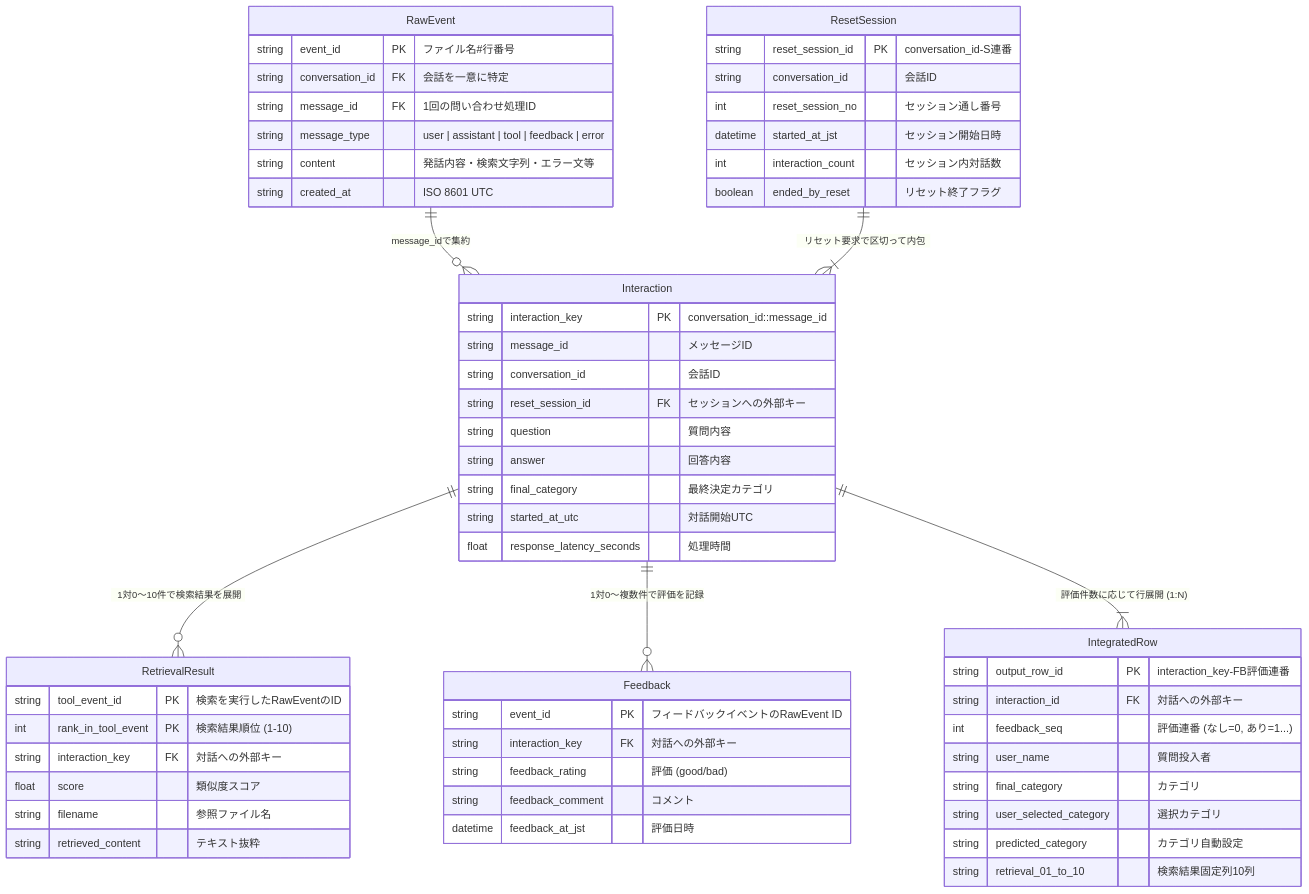
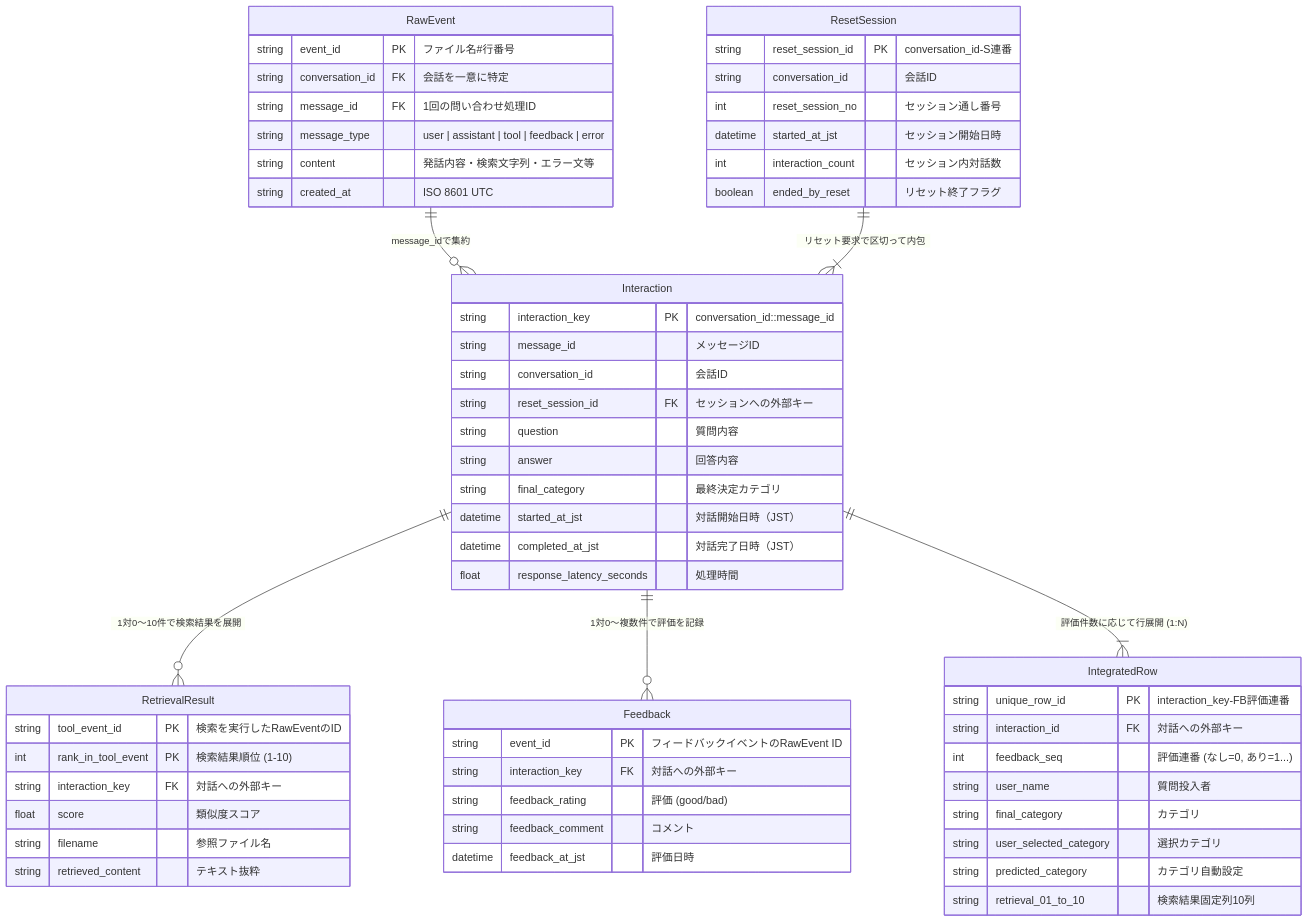
Before and after one commit to ShunSato32/normalize_qai_logs: the second of 3 diagrams in docs/design_specification.md, drawn with Mermaid. The commit also changed other lines of this file and 1365 other files, not shown here.

````diff
--- a/docs/design_specification.md
+++ b/docs/design_specification.md
@@ -72,66 +72,67 @@
 ```mermaid
 erDiagram
     RawEvent {
         string event_id PK "ファイル名#行番号"
         string conversation_id FK "会話を一意に特定"
         string message_id FK "1回の問い合わせ処理ID"
         string message_type "user | assistant | tool | feedback | error"
         string content "発話内容・検索文字列・エラー文等"
         string created_at "ISO 8601 UTC"
     }
 
     Interaction {
         string interaction_key PK "conversation_id::message_id"
         string message_id "メッセージID"
         string conversation_id "会話ID"
         string reset_session_id FK "セッションへの外部キー"
         string question "質問内容"
         string answer "回答内容"
         string final_category "最終決定カテゴリ"
-        string started_at_utc "対話開始UTC"
+        datetime started_at_jst "対話開始日時（JST）"
+        datetime completed_at_jst "対話完了日時（JST）"
         float response_latency_seconds "処理時間"
     }
 
     ResetSession {
         string reset_session_id PK "conversation_id-S連番"
         string conversation_id "会話ID"
         int reset_session_no "セッション通し番号"
         datetime started_at_jst "セッション開始日時"
         int interaction_count "セッション内対話数"
         boolean ended_by_reset "リセット終了フラグ"
     }
 
     RetrievalResult {
         string tool_event_id PK "検索を実行したRawEventのID"
         int rank_in_tool_event PK "検索結果順位 (1-10)"
         string interaction_key FK "対話への外部キー"
         float score "類似度スコア"
         string filename "参照ファイル名"
         string retrieved_content "テキスト抜粋"
     }
 
     Feedback {
         string event_id PK "フィードバックイベントのRawEvent ID"
         string interaction_key FK "対話への外部キー"
         string feedback_rating "評価 (good/bad)"
         string feedback_comment "コメント"
         datetime feedback_at_jst "評価日時"
     }
 
     IntegratedRow {
-        string output_row_id PK "interaction_key-FB評価連番"
+        string unique_row_id PK "interaction_key-FB評価連番"
         string interaction_id FK "対話への外部キー"
         int feedback_seq "評価連番 (なし=0, あり=1...)"
         string user_name "質問投入者"
         string final_category "カテゴリ"
         string user_selected_category "選択カテゴリ"
         string predicted_category "カテゴリ自動設定"
         string retrieval_01_to_10 "検索結果固定列10列"
     }
 
     RawEvent ||--o{ Interaction : " message_idで集約"
     ResetSession ||--|{ Interaction : " リセット要求で区切って内包"
     Interaction ||--o{ RetrievalResult : " 1対0〜10件で検索結果を展開"
     Interaction ||--o{ Feedback : " 1対0〜複数件で評価を記録"
     Interaction ||--|{ IntegratedRow : " 評価件数に応じて行展開 (1:N)"
 ```
````
